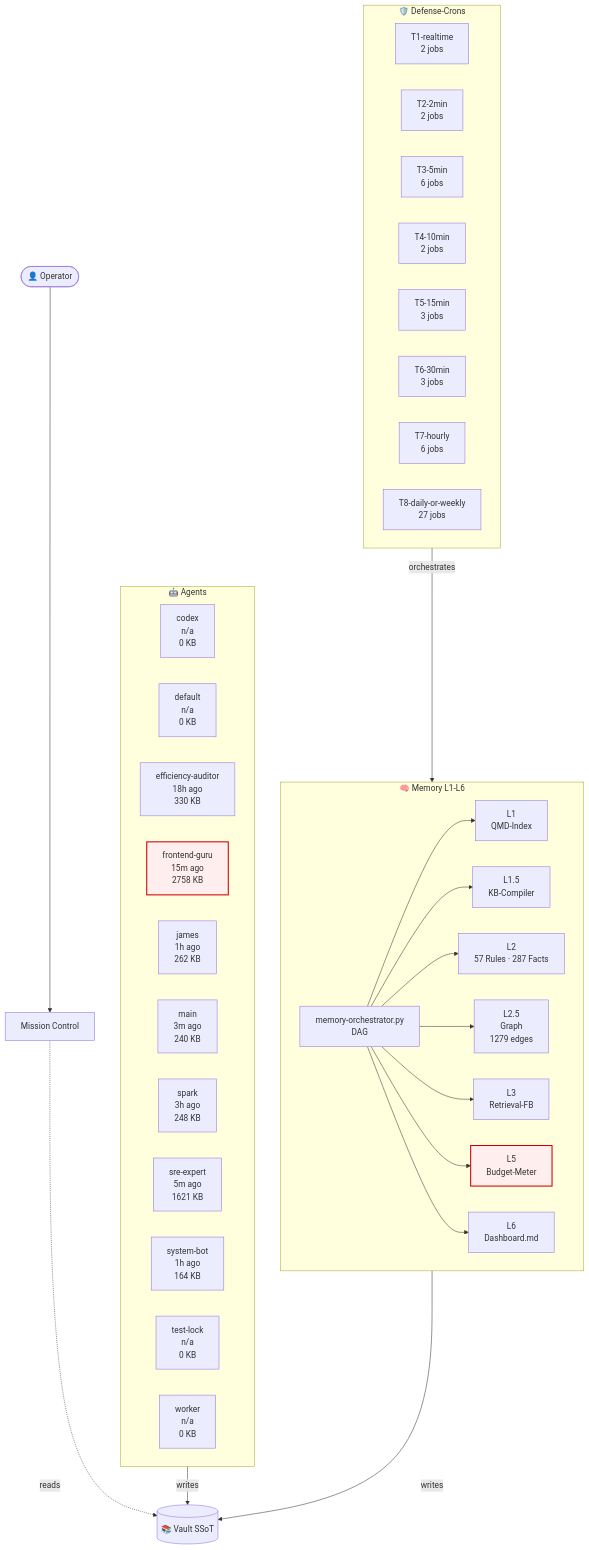
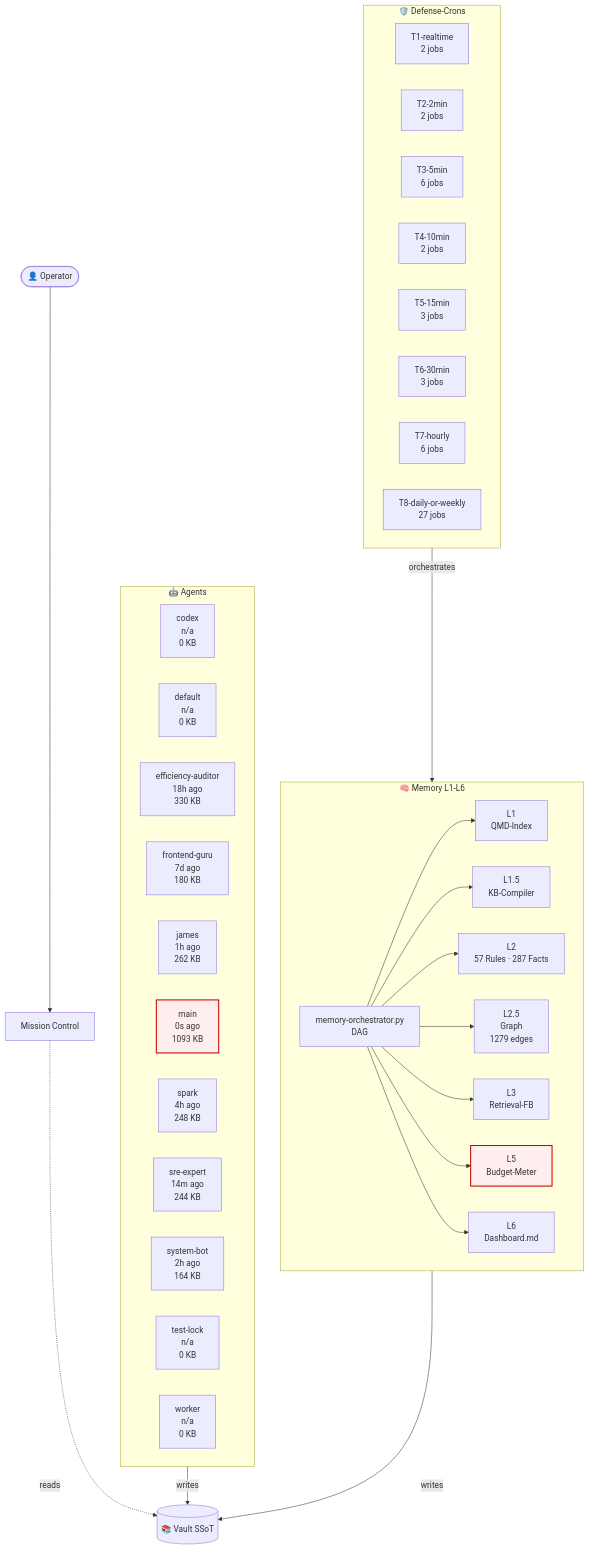
The diagram in 03-Agents/architecture-live.md (lenardhuebner88-rgb/openclaw-memory), drawn with Mermaid before and after one commit. The commit also changed other lines of this file and 13 other files, not shown here.

````diff
--- a/03-Agents/architecture-live.md
+++ b/03-Agents/architecture-live.md
@@ -18,54 +18,54 @@
 ```mermaid
 flowchart TB
     classDef critical fill:#fee,stroke:#c00,stroke-width:2px;
     subgraph AGT["🤖 Agents"]
         agent_codex["codex<br/>n/a<br/>0 KB"]
         agent_default["default<br/>n/a<br/>0 KB"]
         agent_efficiency_auditor["efficiency-auditor<br/>18h ago<br/>330 KB"]
-        agent_frontend_guru["frontend-guru<br/>15m ago<br/>2758 KB"]
+        agent_frontend_guru["frontend-guru<br/>7d ago<br/>180 KB"]
         agent_james["james<br/>1h ago<br/>262 KB"]
-        agent_main["main<br/>3m ago<br/>240 KB"]
-        agent_spark["spark<br/>3h ago<br/>248 KB"]
-        agent_sre_expert["sre-expert<br/>5m ago<br/>1621 KB"]
-        agent_system_bot["system-bot<br/>1h ago<br/>164 KB"]
+        agent_main["main<br/>0s ago<br/>1093 KB"]
+        agent_spark["spark<br/>4h ago<br/>248 KB"]
+        agent_sre_expert["sre-expert<br/>14m ago<br/>244 KB"]
+        agent_system_bot["system-bot<br/>2h ago<br/>164 KB"]
         agent_test_lock["test-lock<br/>n/a<br/>0 KB"]
         agent_worker["worker<br/>n/a<br/>0 KB"]
     end
     subgraph MEM["🧠 Memory L1-L6"]
         L1["L1<br/>QMD-Index"]
         L15["L1.5<br/>KB-Compiler"]
         L2["L2<br/>57 Rules · 287 Facts"]
         L25["L2.5<br/>Graph<br/>1279 edges"]
         L3["L3<br/>Retrieval-FB"]
         L5["L5<br/>Budget-Meter"]
         L6["L6<br/>Dashboard.md"]
         ORCH["memory-orchestrator.py<br/>DAG"]
     end
     subgraph CRN["🛡️ Defense-Crons"]
         tier_T1_realtime["T1-realtime<br/>2 jobs"]
         tier_T2_2min["T2-2min<br/>2 jobs"]
         tier_T3_5min["T3-5min<br/>6 jobs"]
         tier_T4_10min["T4-10min<br/>2 jobs"]
         tier_T5_15min["T5-15min<br/>3 jobs"]
         tier_T6_30min["T6-30min<br/>3 jobs"]
         tier_T7_hourly["T7-hourly<br/>6 jobs"]
         tier_T8_daily_or_weekly["T8-daily-or-weekly<br/>27 jobs"]
     end
     VAULT[("📚 Vault SSoT")]
     OP([👤 Operator])
     MC["Mission Control"]
     OP --> MC
     MC -.reads.-> VAULT
     AGT -->|writes| VAULT
     MEM -->|writes| VAULT
     ORCH --> L1
     ORCH --> L15
     ORCH --> L2
     ORCH --> L25
     ORCH --> L3
     ORCH --> L5
     ORCH --> L6
     CRN -->|orchestrates| MEM
     class L5 critical
-    class agent_frontend_guru critical
+    class agent_main critical
 ```
````
